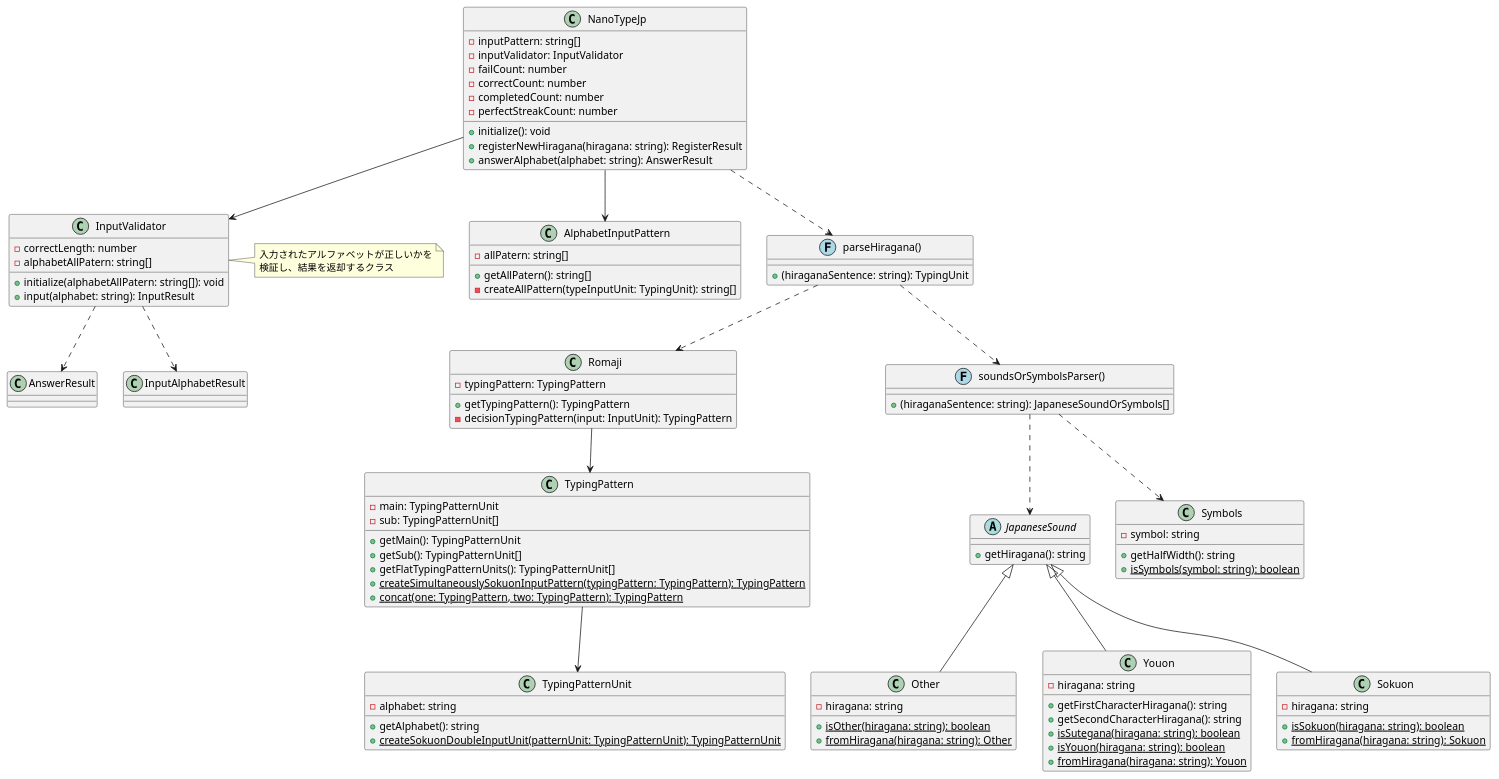
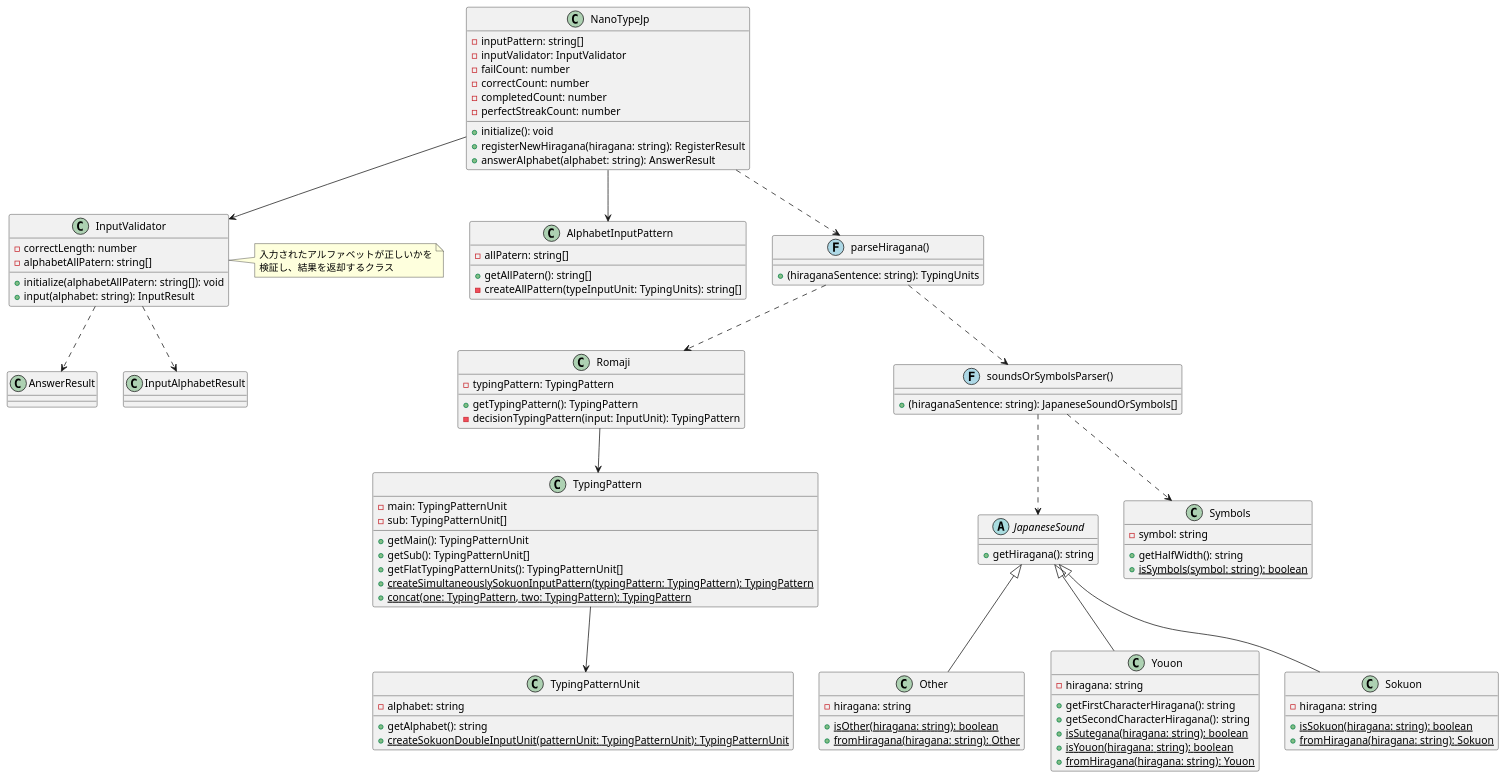
The diagram in docs/class.pu (shsk000/NanoType-JP), drawn with PlantUML before and after one commit. The commit also changed 15 other files, not shown here.

Commit message:
feat: typingPatternResolver

```diff
--- a/docs/class.pu
+++ b/docs/class.pu
@@ -1,122 +1,122 @@
 @startuml
 ' メインクラス
 class NanoTypeJp {
   - inputPattern: string[]
   - inputValidator: InputValidator
   - failCount: number
   - correctCount: number
   - completedCount: number
   - perfectStreakCount: number
   + initialize(): void
   + registerNewHiragana(hiragana: string): RegisterResult
   + answerAlphabet(alphabet: string): AnswerResult
 }
 
 ' 入力検証クラス
 class InputValidator {
   - correctLength: number
   - alphabetAllPatern: string[]
   + initialize(alphabetAllPatern: string[]): void
   + input(alphabet: string): InputResult
 }
 
 ' 入力パターン生成クラス
 class AlphabetInputPattern {
   - allPatern: string[]
   + getAllPatern(): string[]
-  - createAllPattern(typeInputUnit: TypingUnit): string[]
+  - createAllPattern(typeInputUnit: TypingUnits): string[]
 }
 
 ' 日本語音声の基底クラス
 abstract class JapaneseSound {
   + getHiragana(): string
 }
 
 ' その他の音声クラス
 class Other {
   - hiragana: string
   + {static} isOther(hiragana: string): boolean
   + {static} fromHiragana(hiragana: string): Other
 }
 
 ' 拗音クラス
 class Youon {
   - hiragana: string
   + getFirstCharacterHiragana(): string
   + getSecondCharacterHiragana(): string
   + {static} isSutegana(hiragana: string): boolean
   + {static} isYouon(hiragana: string): boolean
   + {static} fromHiragana(hiragana: string): Youon
 }
 
 ' 促音クラス
 class Sokuon {
   - hiragana: string
   + {static} isSokuon(hiragana: string): boolean
   + {static} fromHiragana(hiragana: string): Sokuon
 }
 
 ' 記号クラス
 class Symbols {
   - symbol: string
   + getHalfWidth(): string
   + {static} isSymbols(symbol: string): boolean
 }
 
 ' ローマ字変換クラス
 class Romaji {
   - typingPattern: TypingPattern
   + getTypingPattern(): TypingPattern
   - decisionTypingPattern(input: InputUnit): TypingPattern
 }
 
 ' ローマ字パターンクラス
 class TypingPattern {
   - main: TypingPatternUnit
   - sub: TypingPatternUnit[]
   + getMain(): TypingPatternUnit
   + getSub(): TypingPatternUnit[]
   + getFlatTypingPatternUnits(): TypingPatternUnit[]
   + {static} createSimultaneouslySokuonInputPattern(typingPattern: TypingPattern): TypingPattern
   + {static} concat(one: TypingPattern, two: TypingPattern): TypingPattern
 }
 
 ' ローマ字パターンユニットクラス
 class TypingPatternUnit {
   - alphabet: string
   + getAlphabet(): string
   + {static} createSokuonDoubleInputUnit(patternUnit: TypingPatternUnit): TypingPatternUnit
 }
 
 ' パーサー関数
 class "parseHiragana()" << (F,lightblue) >> {
-  + (hiraganaSentence: string): TypingUnit
+  + (hiraganaSentence: string): TypingUnits
 }
 
 class "soundsOrSymbolsParser()" << (F,lightblue) >> {
   + (hiraganaSentence: string): JapaneseSoundOrSymbols[]
 }
 
 ' 関連性の定義
 NanoTypeJp --> InputValidator
 NanoTypeJp --> AlphabetInputPattern
 NanoTypeJp ..> "parseHiragana()"
 "parseHiragana()" ..> "soundsOrSymbolsParser()"
 "parseHiragana()" ..> Romaji
 Romaji --> TypingPattern
 TypingPattern --> TypingPatternUnit
 JapaneseSound <|-- Other
 JapaneseSound <|-- Youon
 JapaneseSound <|-- Sokuon
 "soundsOrSymbolsParser()" ..> JapaneseSound
 "soundsOrSymbolsParser()" ..> Symbols
 
 ' InputValidatorの関連
 InputValidator ..> "AnswerResult"
 InputValidator ..> "InputAlphabetResult"
 
 note right of InputValidator
   入力されたアルファベットが正しいかを
   検証し、結果を返却するクラス
 end note
 @enduml
```
